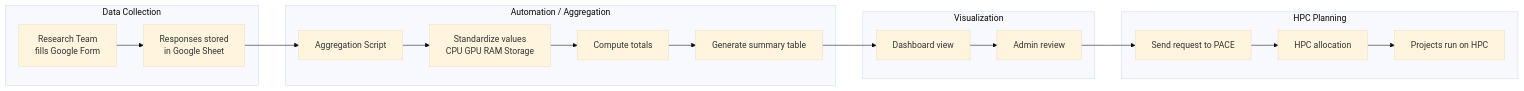
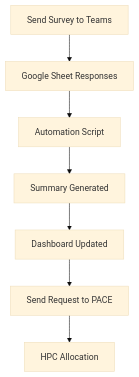
The diagram in Computational_Resources_Requirements_Estimation_Process.md (Human-Augment-Analytics/admin-high-performance-computing), drawn with Mermaid (base theme) before and after one commit.

Commit message:
Revised flowchart

````diff
--- a/Computational_Resources_Requirements_Estimation_Process.md
+++ b/Computational_Resources_Requirements_Estimation_Process.md
@@ -51,32 +51,7 @@
 ```mermaid
-flowchart LR
+flowchart TB
 
-subgraph FORM["Data Collection"]
-A[Research Team  
-fills Google Form]
-B[Responses stored  
-in Google Sheet]
-end
+A[Send Survey to Teams] --> B[Google Sheet Responses] --> C[Automation Script] --> D[Summary Generated]
 
-subgraph PROCESS["Automation / Aggregation"]
-C[Aggregation Script]
-D[Standardize values  
-CPU GPU RAM Storage]
-E[Compute totals]
-F[Generate summary table]
-end
-
-subgraph DASH["Visualization"]
-G[Dashboard view]
-H[Admin review]
-end
-
-subgraph HPC["HPC Planning"]
-I[Send request to PACE]
-J[HPC allocation]
-K[Projects run on HPC]
-end
-
-
-A --> B --> C --> D --> E --> F --> G --> H --> I --> J --> K
+D --> E[Dashboard Updated] --> F[Send Request to PACE] --> G[HPC Allocation]
 ```
````
